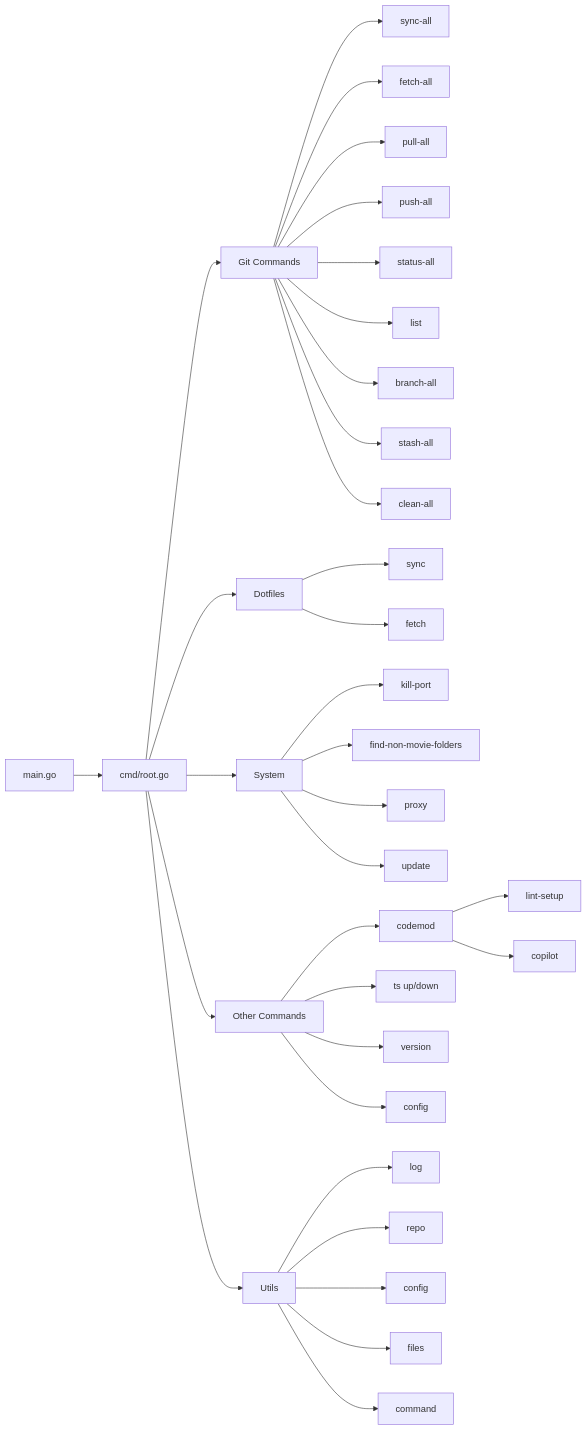
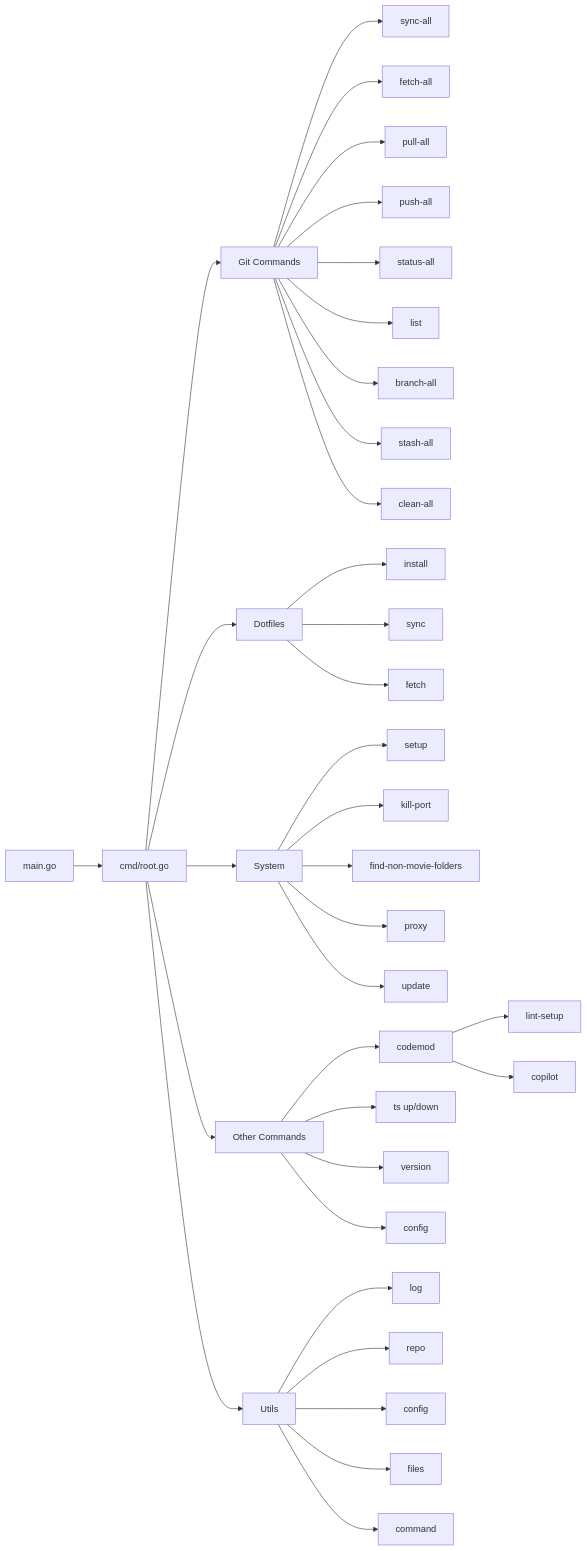
One commit to eng618/eng changed the diagram in README.md. Above: the diagram before and after it, drawn with Mermaid. The commit also changed other lines of this file and 13 other files, not shown here.

````diff
--- a/README.md
+++ b/README.md
@@ -44,40 +44,42 @@
 ```mermaid
 graph LR
     A[main.go] --> B[cmd/root.go]
     
     B --> C1[Git Commands]
     C1 --> D1[sync-all]
     C1 --> D2[fetch-all]
     C1 --> D3[pull-all]
     C1 --> D4[push-all]
     C1 --> D5[status-all]
     C1 --> D6[list]
     C1 --> D7[branch-all]
     C1 --> D8[stash-all]
     C1 --> D9[clean-all]
     
     B --> C2[Dotfiles]
-    C2 --> E1[sync]
-    C2 --> E2[fetch]
+    C2 --> E1[install]
+    C2 --> E2[sync]
+    C2 --> E3[fetch]
     
     B --> C3[System]
-    C3 --> F1[kill-port]
-    C3 --> F2[find-non-movie-folders]
-    C3 --> F3[proxy]
-    C3 --> F4[update]
+    C3 --> F1[setup]
+    C3 --> F2[kill-port]
+    C3 --> F3[find-non-movie-folders]
+    C3 --> F4[proxy]
+    C3 --> F5[update]
     
     B --> C4[Other Commands]
     C4 --> G1[codemod]
     G1 --> G1a[lint-setup]
     G1 --> G1b[copilot]
     C4 --> G2[ts up/down]
     C4 --> G3[version]
     C4 --> G4[config]
     
     B --> C5[Utils]
     C5 --> H1[log]
     C5 --> H2[repo]
     C5 --> H3[config]
     C5 --> H4[files]
     C5 --> H5[command]
 ```
````
